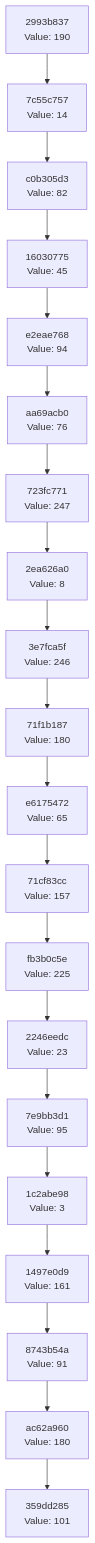
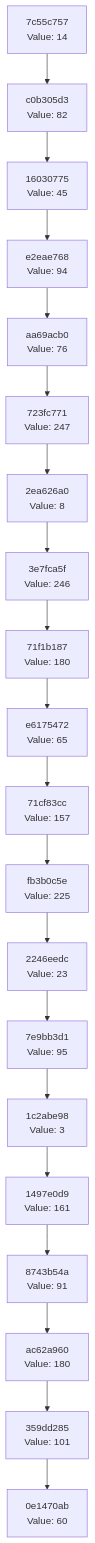
The diagram in docs/CHAIN_VISUALIZATION.md (Abhisheksinha1506/hash-chain-evolver), drawn with Mermaid before and after one commit. The commit also changed 3 other files, not shown here.

````diff
--- a/docs/CHAIN_VISUALIZATION.md
+++ b/docs/CHAIN_VISUALIZATION.md
@@ -3,42 +3,42 @@
 ```mermaid
 graph TD
-    C0["359dd285<br/>Value: 101"]
-    C1["ac62a960<br/>Value: 180"]
+    C0["0e1470ab<br/>Value: 60"]
+    C1["359dd285<br/>Value: 101"]
     C1 --> C0
-    C2["8743b54a<br/>Value: 91"]
+    C2["ac62a960<br/>Value: 180"]
     C2 --> C1
-    C3["1497e0d9<br/>Value: 161"]
+    C3["8743b54a<br/>Value: 91"]
     C3 --> C2
-    C4["1c2abe98<br/>Value: 3"]
+    C4["1497e0d9<br/>Value: 161"]
     C4 --> C3
-    C5["7e9bb3d1<br/>Value: 95"]
+    C5["1c2abe98<br/>Value: 3"]
     C5 --> C4
-    C6["2246eedc<br/>Value: 23"]
+    C6["7e9bb3d1<br/>Value: 95"]
     C6 --> C5
-    C7["fb3b0c5e<br/>Value: 225"]
+    C7["2246eedc<br/>Value: 23"]
     C7 --> C6
-    C8["71cf83cc<br/>Value: 157"]
+    C8["fb3b0c5e<br/>Value: 225"]
     C8 --> C7
-    C9["e6175472<br/>Value: 65"]
+    C9["71cf83cc<br/>Value: 157"]
     C9 --> C8
-    C10["71f1b187<br/>Value: 180"]
+    C10["e6175472<br/>Value: 65"]
     C10 --> C9
-    C11["3e7fca5f<br/>Value: 246"]
+    C11["71f1b187<br/>Value: 180"]
     C11 --> C10
-    C12["2ea626a0<br/>Value: 8"]
+    C12["3e7fca5f<br/>Value: 246"]
     C12 --> C11
-    C13["723fc771<br/>Value: 247"]
+    C13["2ea626a0<br/>Value: 8"]
     C13 --> C12
-    C14["aa69acb0<br/>Value: 76"]
+    C14["723fc771<br/>Value: 247"]
     C14 --> C13
-    C15["e2eae768<br/>Value: 94"]
+    C15["aa69acb0<br/>Value: 76"]
     C15 --> C14
-    C16["16030775<br/>Value: 45"]
+    C16["e2eae768<br/>Value: 94"]
     C16 --> C15
-    C17["c0b305d3<br/>Value: 82"]
+    C17["16030775<br/>Value: 45"]
     C17 --> C16
-    C18["7c55c757<br/>Value: 14"]
+    C18["c0b305d3<br/>Value: 82"]
     C18 --> C17
-    C19["2993b837<br/>Value: 190"]
+    C19["7c55c757<br/>Value: 14"]
     C19 --> C18
 ```
````
